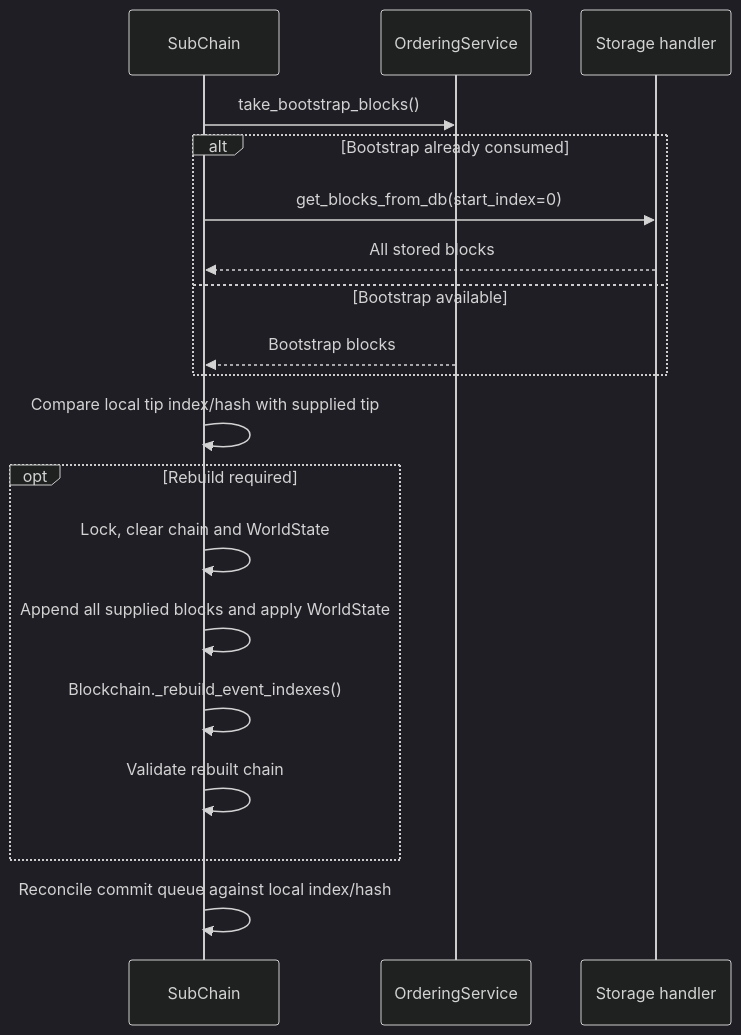
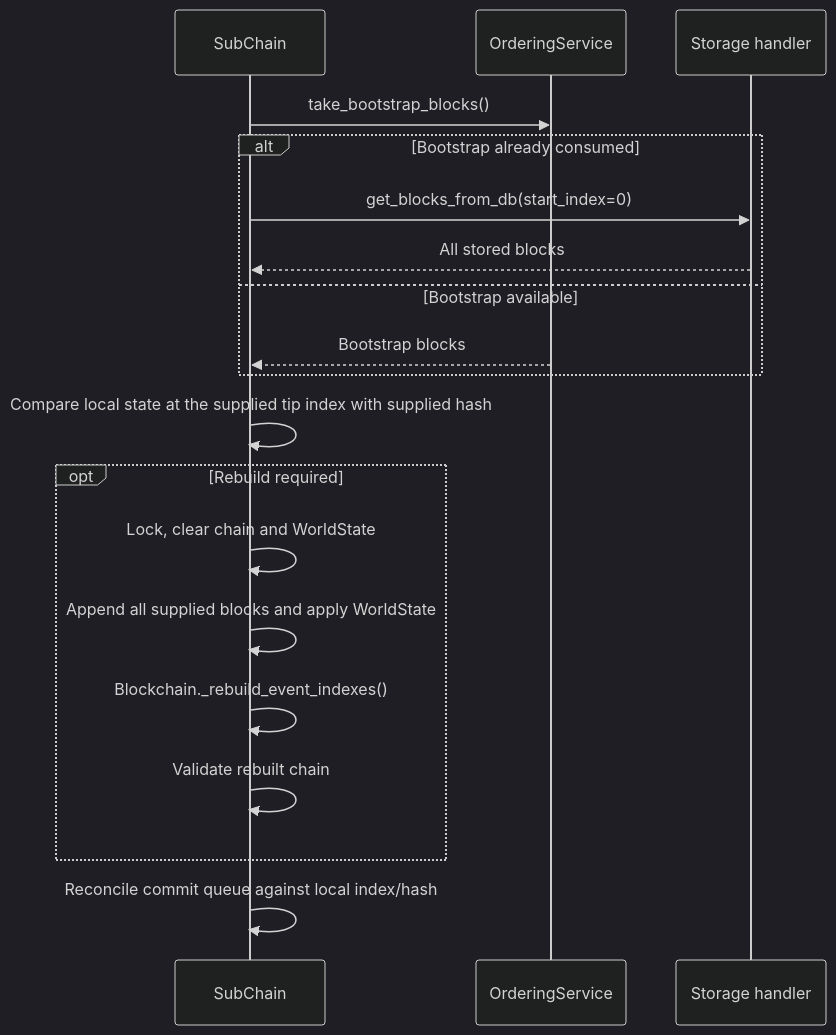
One commit to VanDung-dev/HieraChain changed the diagram in docs/en/workflows/chain-rehydration.md. Above: the diagram before and after it, drawn with Mermaid (dark theme). The commit also changed other lines of this file and 19 other files, not shown here.

````diff
--- a/docs/en/workflows/chain-rehydration.md
+++ b/docs/en/workflows/chain-rehydration.md
@@ -17,21 +17,21 @@
 ```mermaid
 sequenceDiagram
     participant SC as SubChain
     participant OS as OrderingService
     participant DB as Storage handler
     SC->>OS: take_bootstrap_blocks()
     alt Bootstrap already consumed
         SC->>DB: get_blocks_from_db(start_index=0)
         DB-->>SC: All stored blocks
     else Bootstrap available
         OS-->>SC: Bootstrap blocks
     end
-    SC->>SC: Compare local tip index/hash with supplied tip
+    SC->>SC: Compare local state at the supplied tip index with supplied hash
     opt Rebuild required
         SC->>SC: Lock, clear chain and WorldState
         SC->>SC: Append all supplied blocks and apply WorldState
         SC->>SC: Blockchain._rebuild_event_indexes()
         SC->>SC: Validate rebuilt chain
     end
     SC->>SC: Reconcile commit queue against local index/hash
 ```
````
